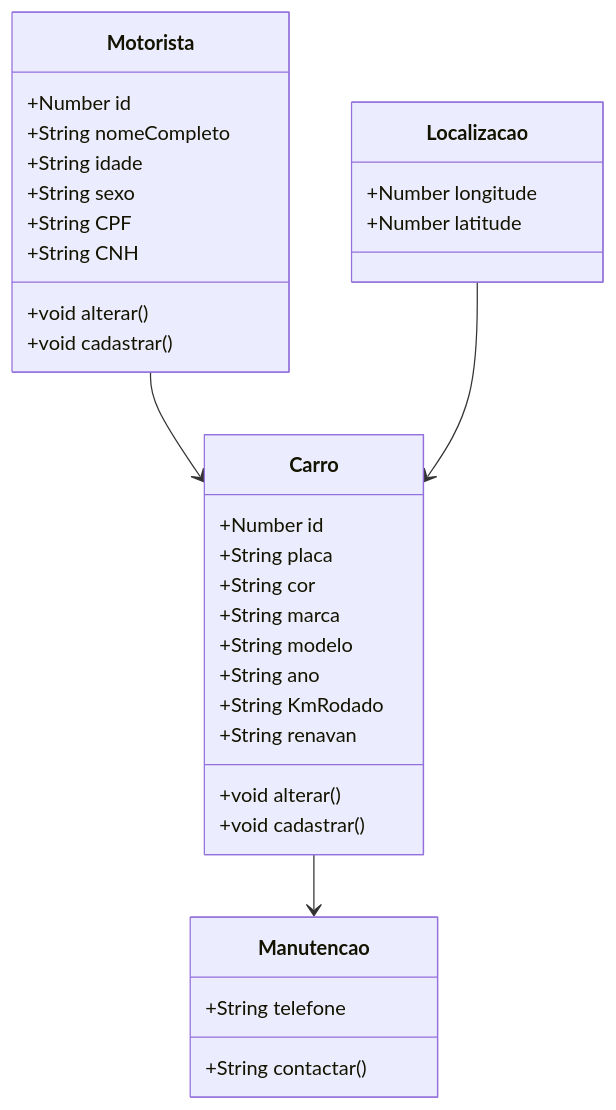
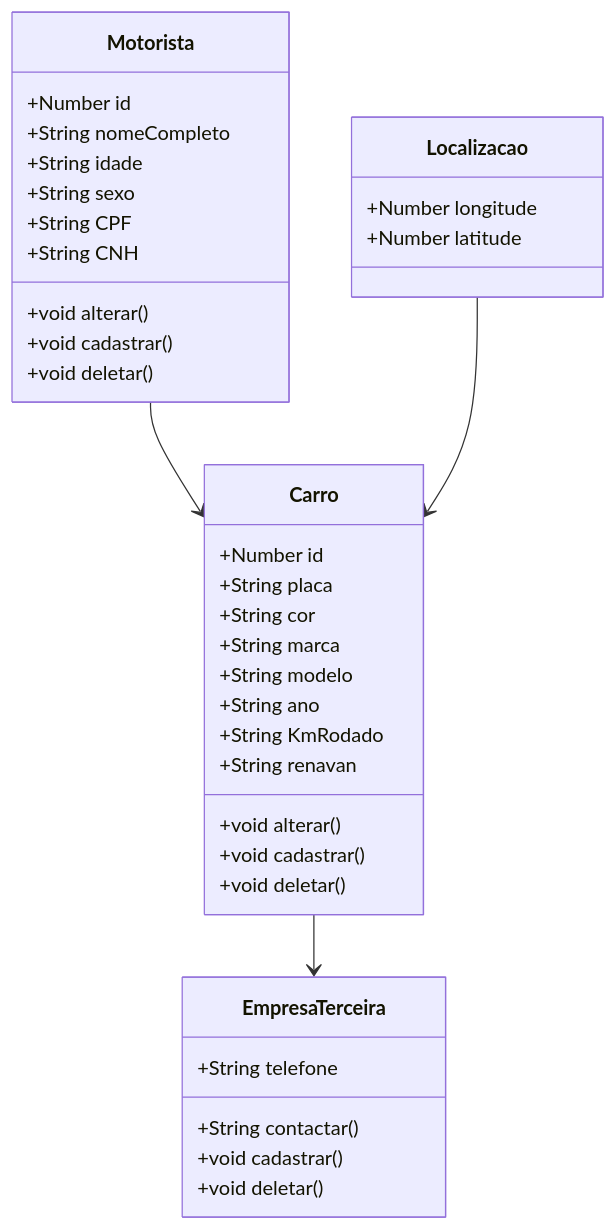
The diagram in scriptsDiagrams/classes.mmd (RafaelRF99/documentacao-devsfreela), drawn with Mermaid before and after one commit. The commit also changed 14 other files, not shown here.

Commit message:
update: atualização diagrama/documentação

```diff
--- a/scriptsDiagrams/classes.mmd
+++ b/scriptsDiagrams/classes.mmd
@@ -1,39 +1,43 @@
 classDiagram
     
     class Carro{
       +Number id
       +String placa
       +String cor
       +String marca
       +String modelo
       +String ano
       +String KmRodado
       +String renavan
       +void alterar()
       +void cadastrar()
+      +void deletar()
     }
 
     class Motorista {
         +Number id
         +String nomeCompleto
         +String idade
         +String sexo
         +String CPF
         +String CNH
         +void alterar()
         +void cadastrar()
+        +void deletar()
     }
 
-    class Manutencao {
+    class EmpresaTerceira {
         +String telefone
         +String contactar()
+        +void cadastrar()
+        +void deletar()
     }
 
     class Localizacao {
         +Number longitude
         +Number latitude
     }
 
     Motorista --> Carro
-    Carro --> Manutencao
+    Carro --> EmpresaTerceira
     Localizacao --> Carro
```
